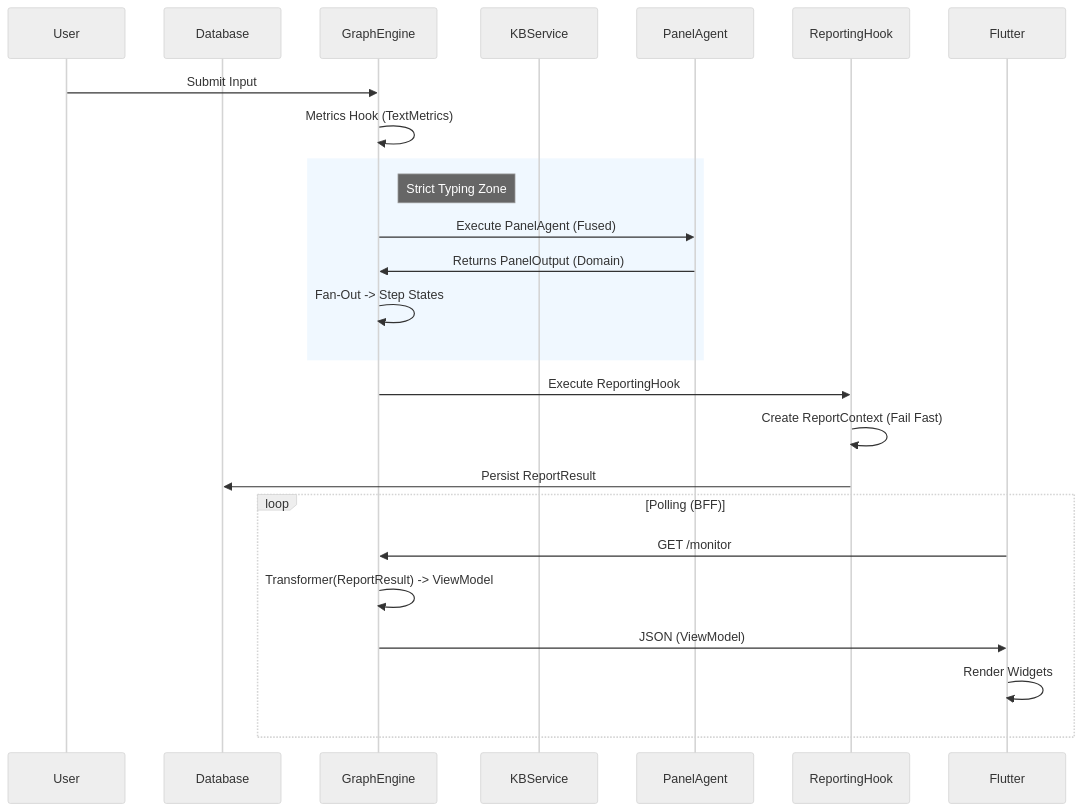
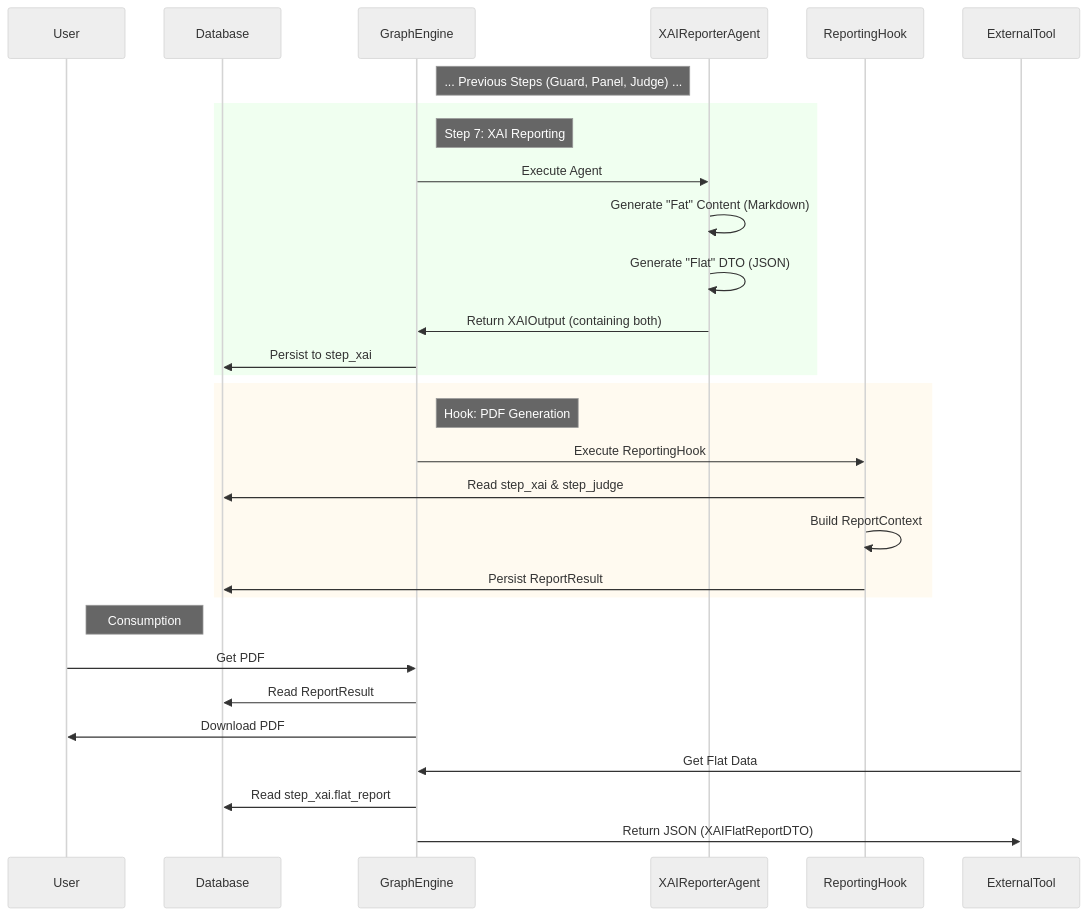
One commit to launis/quorum changed the diagram in docs/output_generation_pipeline.md. Above: the diagram before and after it, drawn with Mermaid (neutral theme). The commit also changed other lines of this file and 2 other files, not shown here.

Commit message:
feat: Implement event-sourced workflow state management and document the output generation pipeline, emphasizing strict Pydantic models for data exchange.

````diff
--- a/docs/output_generation_pipeline.md
+++ b/docs/output_generation_pipeline.md
@@ -164,31 +175,38 @@
 ```mermaid
 sequenceDiagram
     participant U as User
     participant DB as Database
     participant E as GraphEngine
-    participant S as KBService
-    participant A as PanelAgent
+    participant A as XAIReporterAgent
     participant R as ReportingHook
-    participant UI as Flutter
+    participant EXT as ExternalTool
 
-    U->>E: Submit Input
-    E->>E: Metrics Hook (TextMetrics)
-    
-    rect rgb(240, 248, 255)
-    note right of E: Strict Typing Zone
-    E->>A: Execute PanelAgent (Fused)
-    A->>E: Returns PanelOutput (Domain)
-    E->>E: Fan-Out -> Step States
+    note right of E: ... Previous Steps (Guard, Panel, Judge) ...
+
+    rect rgb(240, 255, 240)
+    note right of E: Step 7: XAI Reporting
+    E->>A: Execute Agent
+    A->>A: Generate "Fat" Content (Markdown)
+    A->>A: Generate "Flat" DTO (JSON)
+    A->>E: Return XAIOutput (containing both)
+    E->>DB: Persist to step_xai
     end
     
+    rect rgb(255, 250, 240)
+    note right of E: Hook: PDF Generation
     E->>R: Execute ReportingHook
-    R->>R: Create ReportContext (Fail Fast)
+    R->>DB: Read step_xai & step_judge
+    R->>R: Build ReportContext
     R->>DB: Persist ReportResult
+    end
     
-    loop Polling (BFF)
-        UI->>E: GET /monitor
-        E->>E: Transformer(ReportResult) -> ViewModel
-        E->>UI: JSON (ViewModel)
-        UI->>UI: Render Widgets
-    end
+    note right of U: Consumption
+    
+    U->>E: Get PDF
+    E->>DB: Read ReportResult
+    E->>U: Download PDF
+    
+    EXT->>E: Get Flat Data
+    E->>DB: Read step_xai.flat_report
+    E->>EXT: Return JSON (XAIFlatReportDTO)
 ```
````
